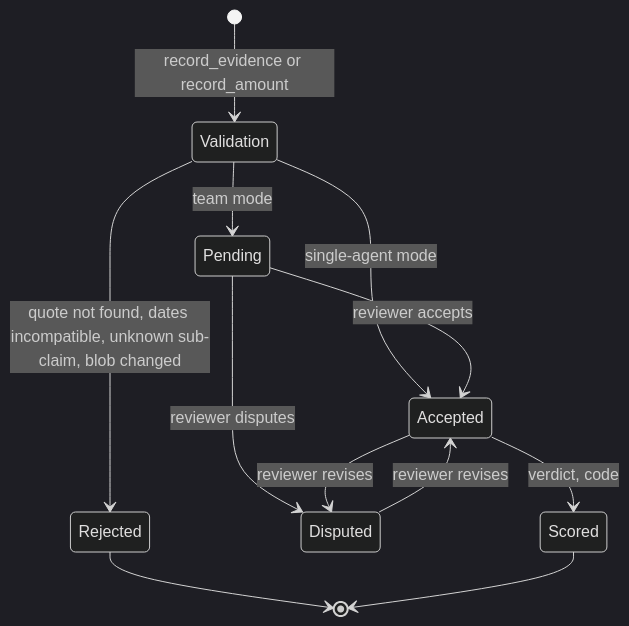
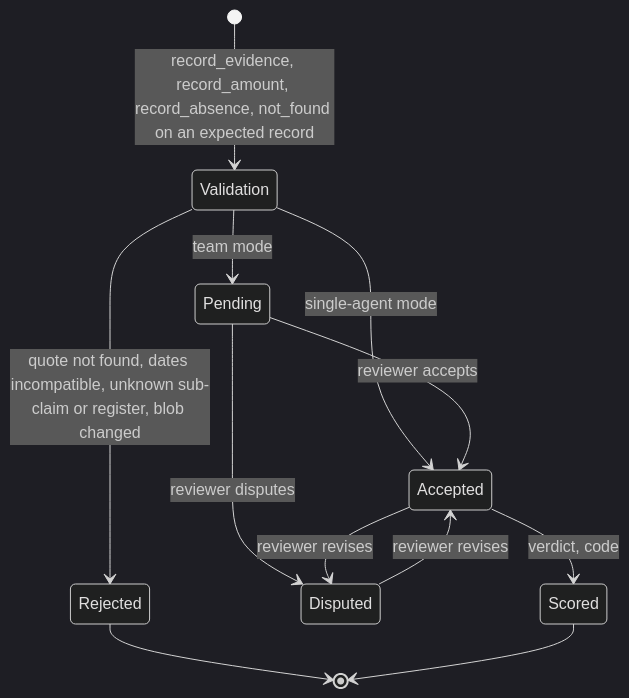
Before and after one commit to diya-thabet/Caligula: the fifth of 5 diagrams in docs/agent.md, drawn with Mermaid (dark theme). The commit also changed other lines of this file and 3 other files, not shown here.

````diff
--- a/docs/agent.md
+++ b/docs/agent.md
@@ -170,14 +176,14 @@
 ```mermaid
 stateDiagram-v2
-    [*] --> Validation: record_evidence or record_amount
-    Validation --> Rejected: quote not found, dates incompatible, unknown sub-claim, blob changed
+    [*] --> Validation: record_evidence, record_amount, record_absence, not_found on an expected record
+    Validation --> Rejected: quote not found, dates incompatible, unknown sub-claim or register, blob changed
     Validation --> Accepted: single-agent mode
     Validation --> Pending: team mode
     Pending --> Accepted: reviewer accepts
     Pending --> Disputed: reviewer disputes
     Accepted --> Disputed: reviewer revises
     Disputed --> Accepted: reviewer revises
     Accepted --> Scored: verdict, code
     Rejected --> [*]
     Scored --> [*]
 ```
````
